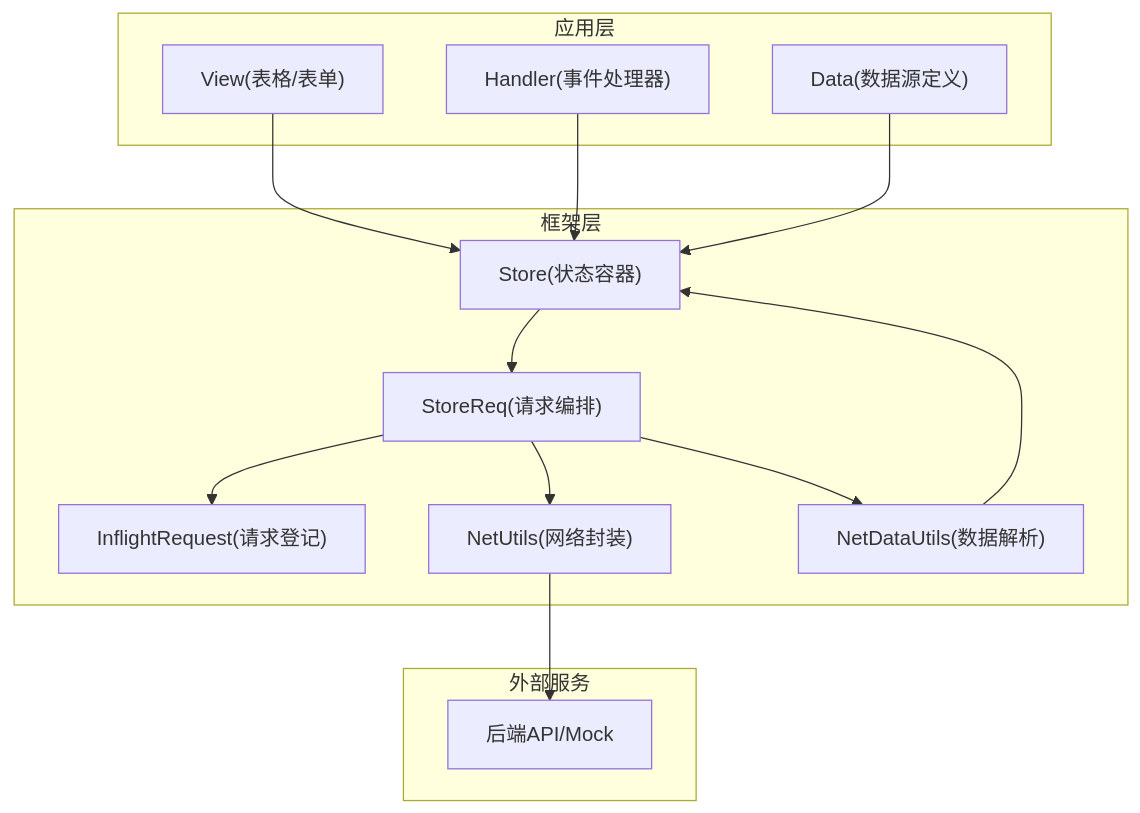
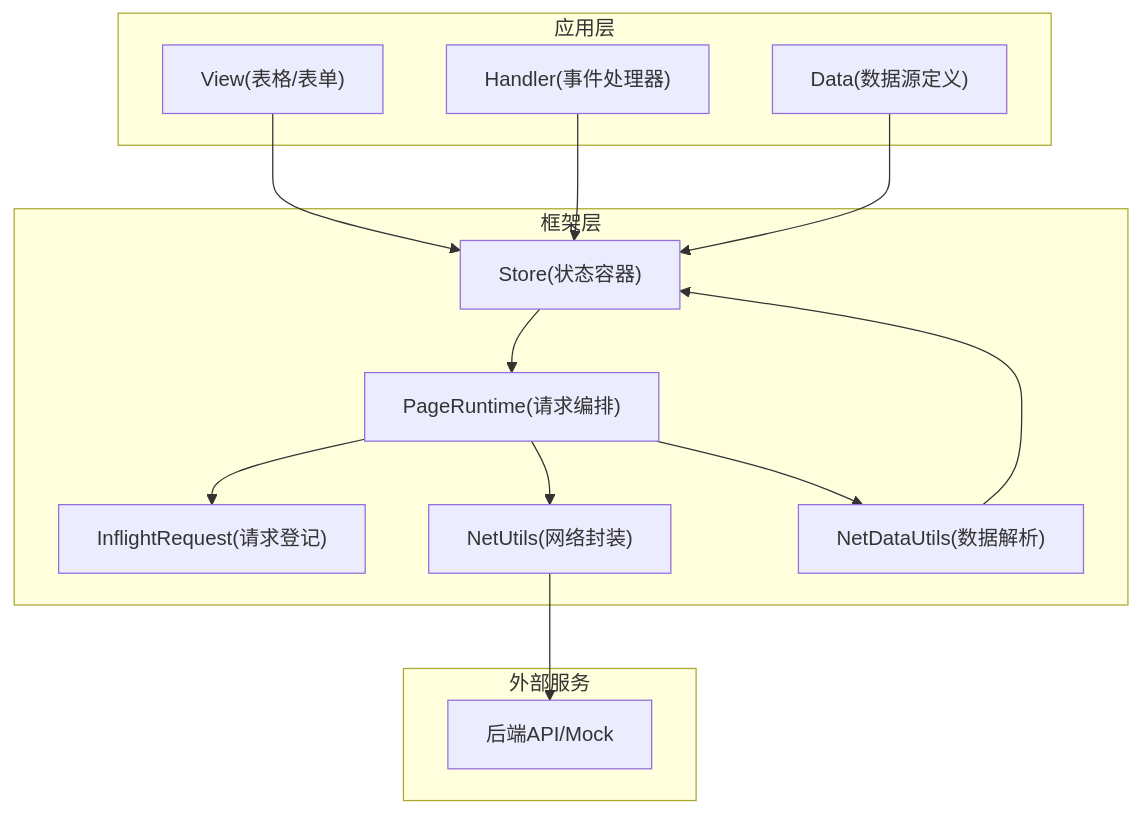
The first of 8 diagrams in .qoder/repowiki/zh/content/架构设计/数据流管理/请求生命周期.md (liqiongke/FrontArk), drawn with Mermaid before and after one commit. The commit also changed other lines of this file and 19 other files, not shown here.

````diff
--- a/.qoder/repowiki/zh/content/架构设计/数据流管理/请求生命周期.md
+++ b/.qoder/repowiki/zh/content/架构设计/数据流管理/请求生命周期.md
@@ -50,27 +48,27 @@
 ```mermaid
 graph TB
 subgraph "应用层"
 A_View["View(表格/表单)"]
 A_Handler["Handler(事件处理器)"]
 A_Data["Data(数据源定义)"]
 end
 subgraph "框架层"
 B_Store["Store(状态容器)"]
-B_StoreReq["StoreReq(请求编排)"]
+B_PageRuntime["PageRuntime(请求编排)"]
 B_NetUtils["NetUtils(网络封装)"]
 B_NetDataUtils["NetDataUtils(数据解析)"]
 B_Inflight["InflightRequest(请求登记)"]
 end
 subgraph "外部服务"
 C_API["后端API/Mock"]
 end
 A_View --> B_Store
 A_Handler --> B_Store
 A_Data --> B_Store
-B_Store --> B_StoreReq
-B_StoreReq --> B_Inflight
-B_StoreReq --> B_NetUtils
+B_Store --> B_PageRuntime
+B_PageRuntime --> B_Inflight
+B_PageRuntime --> B_NetUtils
 B_NetUtils --> C_API
-B_StoreReq --> B_NetDataUtils
+B_PageRuntime --> B_NetDataUtils
 B_NetDataUtils --> B_Store
 ```
````
